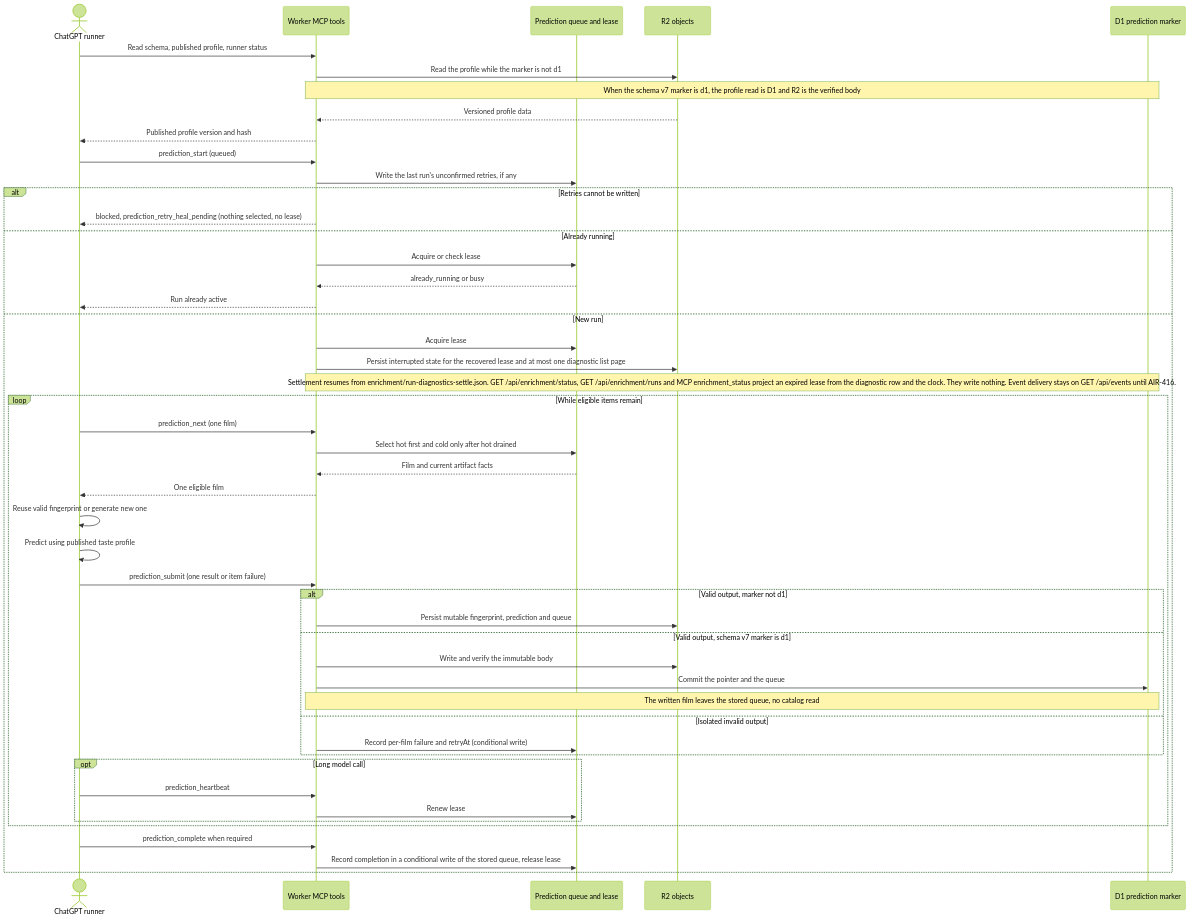
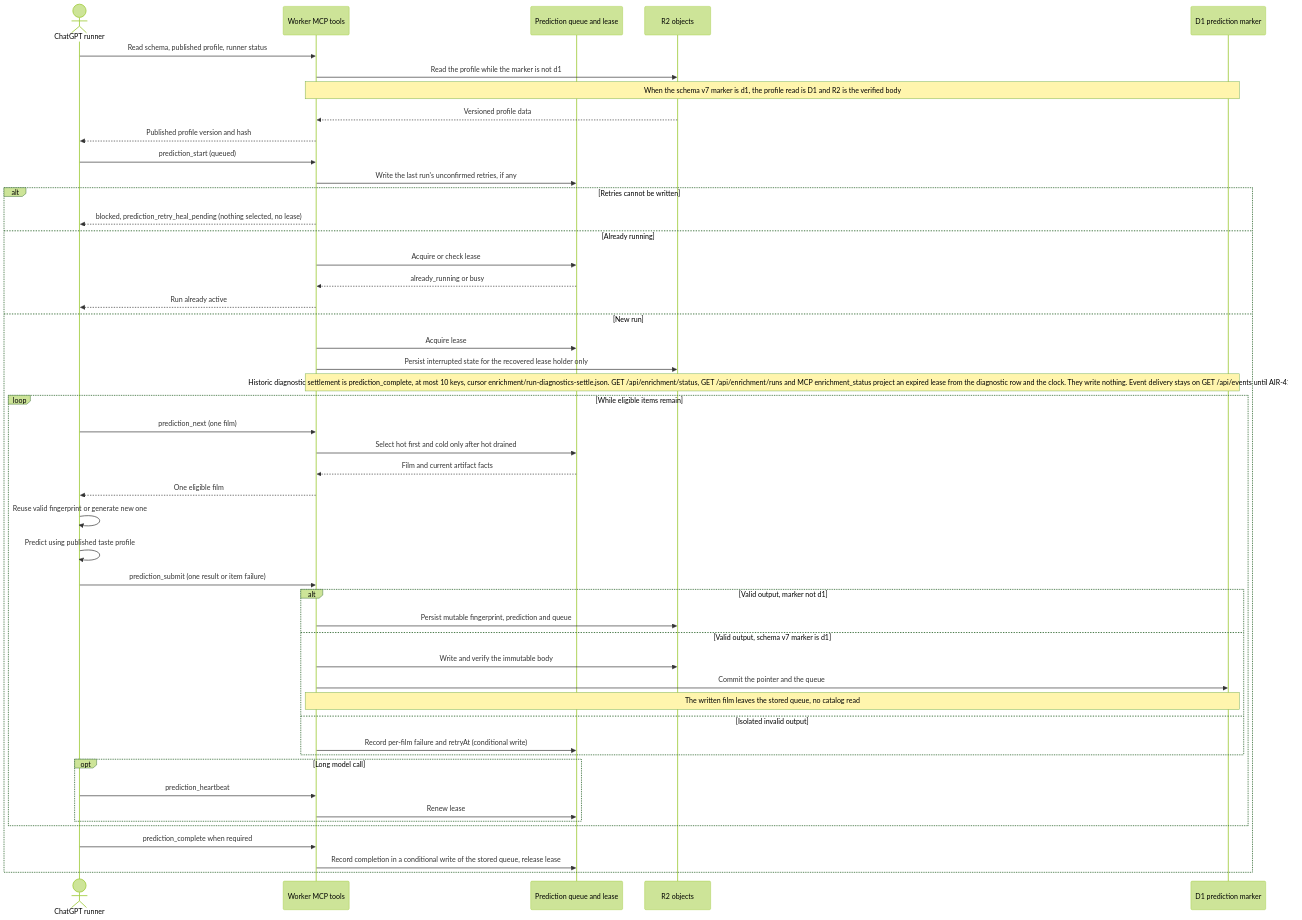
The first of 3 diagrams in docs/architecture/prediction-pipeline.md (vladimino/iptv-watchlist), drawn with Mermaid (forest theme) before and after one commit. The commit also changed other lines of this file and 10 other files, not shown here.

First line of the commit message:
Move expired run-diagnostics settlement off prediction start.

````diff
--- a/docs/architecture/prediction-pipeline.md
+++ b/docs/architecture/prediction-pipeline.md
@@ -5,50 +5,50 @@
 ```mermaid
 sequenceDiagram
     actor Client as ChatGPT runner
     participant MCP as Worker MCP tools
     participant Queue as Prediction queue and lease
     participant R2 as R2 objects
     participant D1 as D1 prediction marker
     Client->>MCP: Read schema, published profile, runner status
     MCP->>R2: Read the profile while the marker is not d1
     Note over MCP,D1: When the schema v7 marker is d1, the profile read is D1 and R2 is the verified body
     R2-->>MCP: Versioned profile data
     MCP-->>Client: Published profile version and hash
     Client->>MCP: prediction_start (queued)
     MCP->>Queue: Write the last run's unconfirmed retries, if any
     alt Retries cannot be written
         MCP-->>Client: blocked, prediction_retry_heal_pending (nothing selected, no lease)
     else Already running
         MCP->>Queue: Acquire or check lease
         Queue-->>MCP: already_running or busy
         MCP-->>Client: Run already active
     else New run
         MCP->>Queue: Acquire lease
-        MCP->>R2: Persist interrupted state for the recovered lease and at most one diagnostic list page
-        Note over MCP,D1: Settlement resumes from enrichment/run-diagnostics-settle.json. GET /api/enrichment/status, GET /api/enrichment/runs and MCP enrichment_status project an expired lease from the diagnostic row and the clock. They write nothing. Event delivery stays on GET /api/events until AIR-416.
+        MCP->>R2: Persist interrupted state for the recovered lease holder only
+        Note over MCP,D1: Historic diagnostic settlement is prediction_complete, at most 10 keys, cursor enrichment/run-diagnostics-settle.json. GET /api/enrichment/status, GET /api/enrichment/runs and MCP enrichment_status project an expired lease from the diagnostic row and the clock. They write nothing. Event delivery stays on GET /api/events until AIR-416.
         loop While eligible items remain
             Client->>MCP: prediction_next (one film)
             MCP->>Queue: Select hot first and cold only after hot drained
             Queue-->>MCP: Film and current artifact facts
             MCP-->>Client: One eligible film
             Client->>Client: Reuse valid fingerprint or generate new one
             Client->>Client: Predict using published taste profile
             Client->>MCP: prediction_submit (one result or item failure)
             alt Valid output, marker not d1
                 MCP->>R2: Persist mutable fingerprint, prediction and queue
             else Valid output, schema v7 marker is d1
                 MCP->>R2: Write and verify the immutable body
                 MCP->>D1: Commit the pointer and the queue
                 Note over MCP,D1: The written film leaves the stored queue, no catalog read
             else Isolated invalid output
                 MCP->>Queue: Record per-film failure and retryAt (conditional write)
             end
             opt Long model call
                 Client->>MCP: prediction_heartbeat
                 MCP->>Queue: Renew lease
             end
         end
         Client->>MCP: prediction_complete when required
         MCP->>Queue: Record completion in a conditional write of the stored queue, release lease
     end
 ```
````
